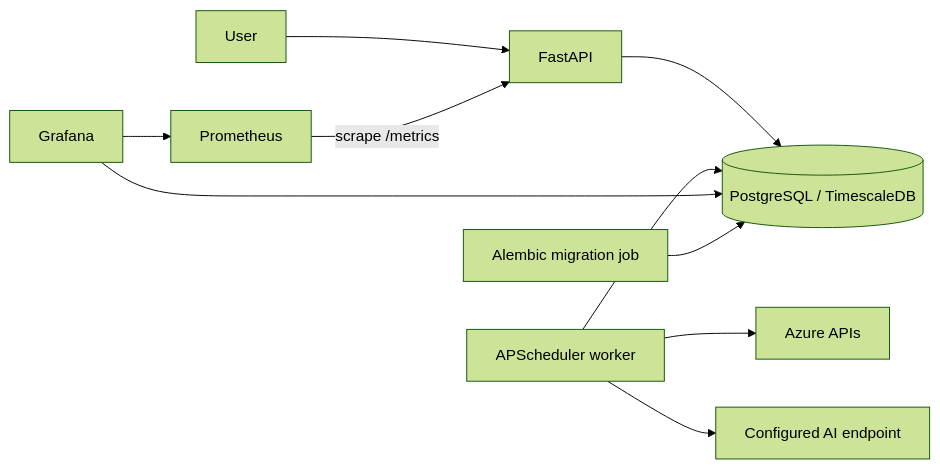
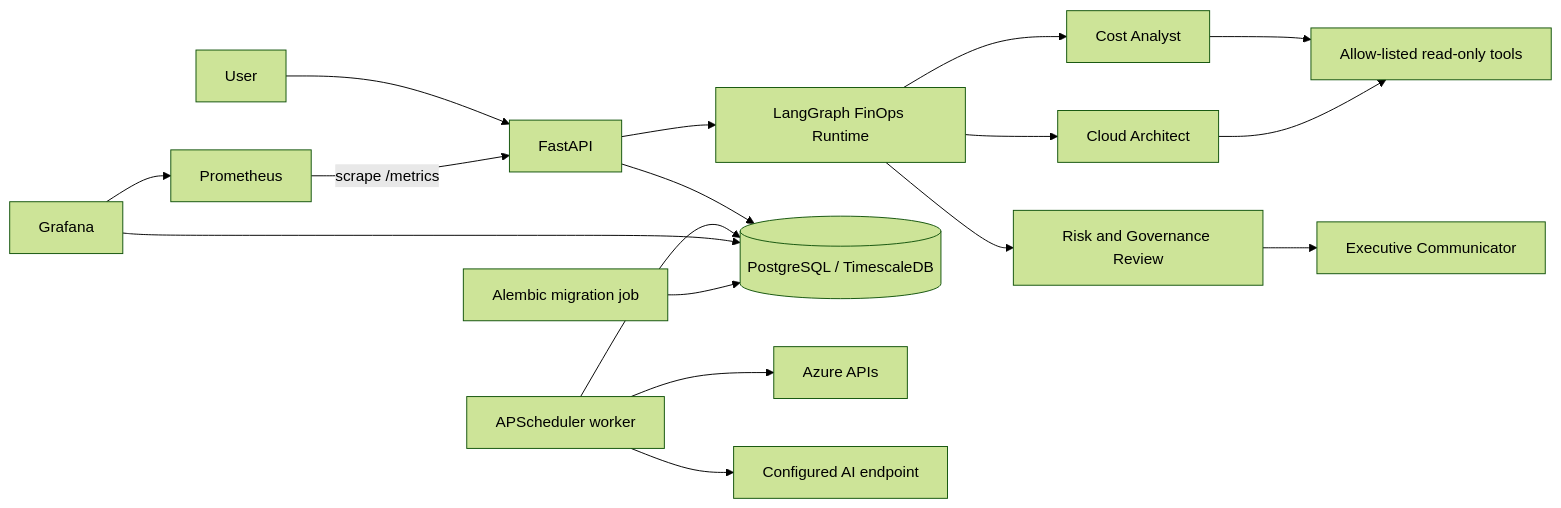
Before and after one commit to nk2242696/CostMonitoringMultiAgent: the diagram in docs/architecture.md, drawn with Mermaid (forest theme). The commit also changed other lines of this file and 3 other files, not shown here.

Commit message:
docs(agents): document configuration architecture and safety

````diff
--- a/docs/architecture.md
+++ b/docs/architecture.md
@@ -5,12 +5,19 @@
 ```mermaid
 flowchart LR
     User --> API[FastAPI]
+    API --> Graph[LangGraph FinOps Runtime]
+    Graph --> CostAgent[Cost Analyst]
+    Graph --> ArchAgent[Cloud Architect]
+    CostAgent --> Tools[Allow-listed read-only tools]
+    ArchAgent --> Tools
+    Graph --> Governance[Risk and Governance Review]
+    Governance --> Executive[Executive Communicator]
     API --> DB[(PostgreSQL / TimescaleDB)]
     Worker[APScheduler worker] --> Azure[Azure APIs]
     Worker --> Model[Configured AI endpoint]
     Worker --> DB
     Prometheus -->|scrape /metrics| API
     Grafana --> Prometheus
     Grafana --> DB
     Migrate[Alembic migration job] --> DB
 ```
````
